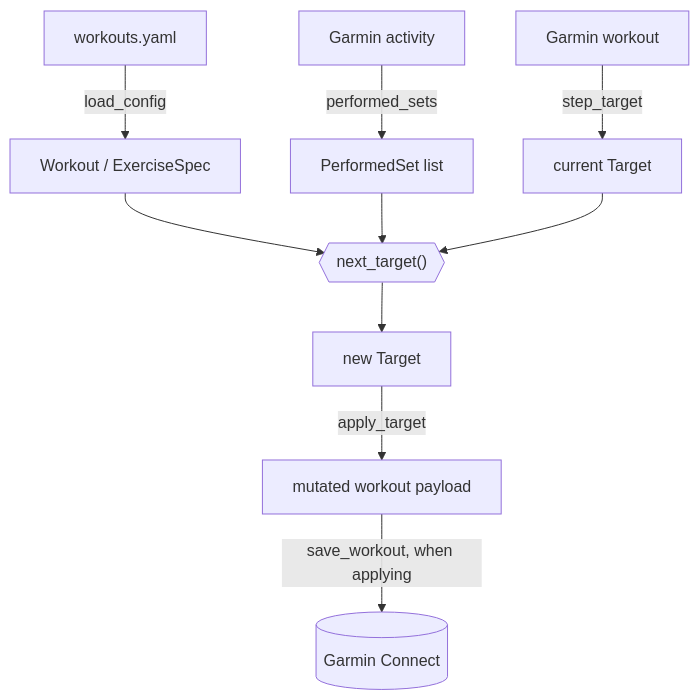
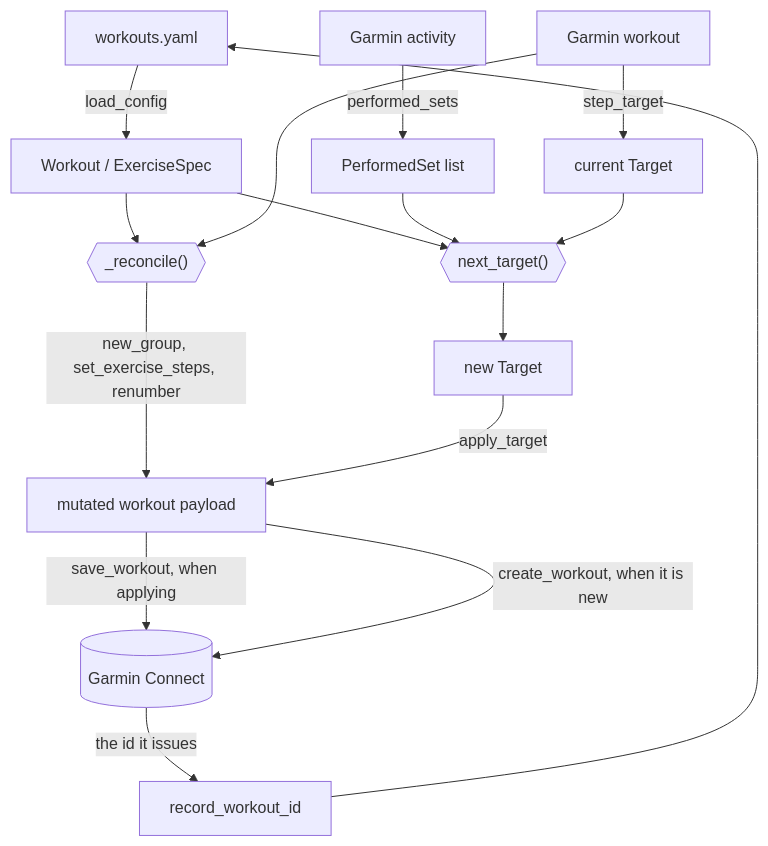
One commit to theadzik/repwise changed the second of 2 diagrams in docs/architecture.md. Above: the diagram before and after it, drawn with Mermaid. The commit also changed other lines of this file and 9 other files, not shown here.

````diff
--- a/docs/architecture.md
+++ b/docs/architecture.md
@@ -138,14 +147,20 @@
 ```mermaid
 flowchart TD
     YAML["workouts.yaml"] -->|load_config| SPEC["Workout / ExerciseSpec"]
     ACT["Garmin activity"] -->|performed_sets| PERF["PerformedSet list"]
     WKT["Garmin workout"] -->|step_target| CUR["current Target"]
+
+    SPEC --> SHAPE{{"_reconcile()"}}
+    WKT --> SHAPE
+    SHAPE -->|"new_group, set_exercise_steps, renumber"| MUT
 
     SPEC --> RULES{{"next_target()"}}
     PERF --> RULES
     CUR --> RULES
 
     RULES --> NEW["new Target"]
     NEW -->|apply_target| MUT["mutated workout payload"]
     MUT -->|"save_workout, when applying"| OUT[("Garmin Connect")]
+    MUT -->|"create_workout, when it is new"| OUT
+    OUT -->|"the id it issues"| BACK["record_workout_id"] --> YAML
 ```
````
